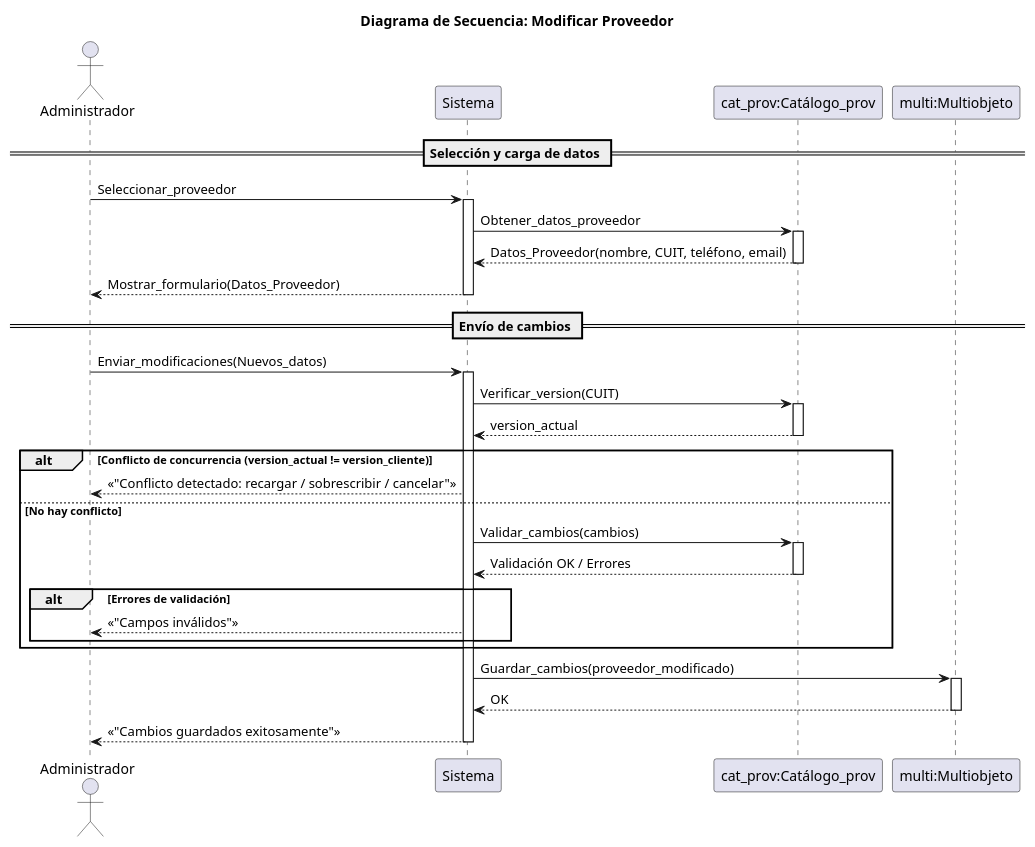
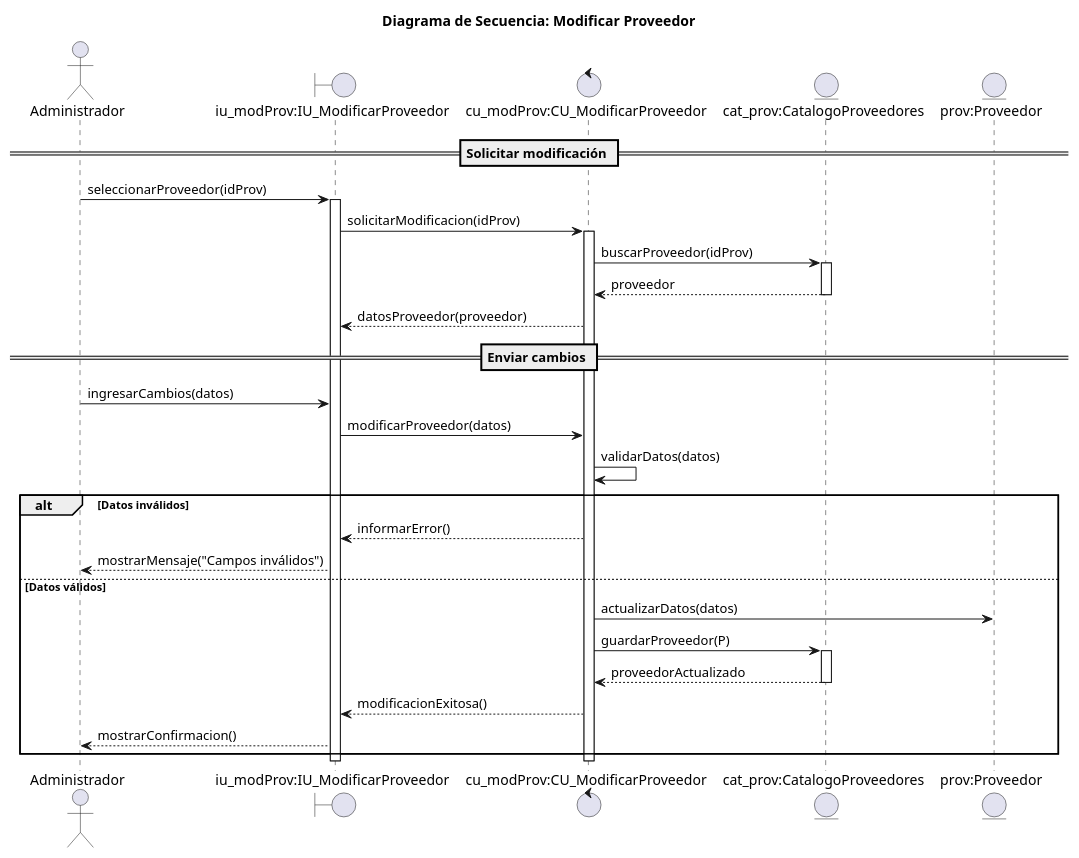
The diagram in 08-Diagrama-secuencia/09_Modificar_Proveedor.puml (Luci1274/PPI_Proyecto_gomeria), drawn with PlantUML before and after one commit. The commit also changed other lines of this file and 21 other files, not shown here.

Commit message:
Modificacion en mis casos de uso y diagramas de secuencia correspondientes

```diff
--- a/08-Diagrama-secuencia/09_Modificar_Proveedor.puml
+++ b/08-Diagrama-secuencia/09_Modificar_Proveedor.puml
@@ -2,50 +1,52 @@
 @startuml modificar_proveedor
 
 title Diagrama de Secuencia: Modificar Proveedor
 
 actor Administrador
-participant Sistema
-participant "cat_prov:Catálogo_prov" as Cat_prov
-participant "multi:Multiobjeto" as MULT
+boundary "iu_modProv:IU_ModificarProveedor" as IU
+control "cu_modProv:CU_ModificarProveedor" as CU
+entity "cat_prov:CatalogoProveedores" as CAT
+entity "prov:Proveedor" as P
 
-== Selección y carga de datos ==
-Administrador -> Sistema: Seleccionar_proveedor
-activate Sistema
-Sistema -> Cat_prov: Obtener_datos_proveedor
-activate Cat_prov
-Cat_prov --> Sistema: Datos_Proveedor(nombre, CUIT, teléfono, email)
-deactivate Cat_prov
-Sistema --> Administrador: Mostrar_formulario(Datos_Proveedor)
-deactivate Sistema
+== Solicitar modificación ==
+Administrador -> IU: seleccionarProveedor(idProv)
+activate IU
 
-== Envío de cambios ==
-Administrador -> Sistema: Enviar_modificaciones(Nuevos_datos)
-activate Sistema
+IU -> CU: solicitarModificacion(idProv)
+activate CU
 
-' Verificar concurrencia contra catálogo (consultas)
-Sistema -> Cat_prov: Verificar_version(CUIT)
-activate Cat_prov
-Cat_prov --> Sistema: version_actual
-deactivate Cat_prov
+CU -> CAT: buscarProveedor(idProv)
+activate CAT
+CAT --> CU: proveedor
+deactivate CAT
 
-alt Conflicto de concurrencia (version_actual != version_cliente)
-    Sistema --> Administrador: <<"Conflicto detectado: recargar / sobrescribir / cancelar">>
-else No hay conflicto
-    ' Validación mediante catálogo (consultas)
-    Sistema -> Cat_prov: Validar_cambios(cambios)
-    activate Cat_prov
-    Cat_prov --> Sistema: Validación OK / Errores
-    deactivate Cat_prov
+CU --> IU: datosProveedor(proveedor)
 
-    alt Errores de validación
-        Sistema --> Administrador: <<"Campos inválidos">>
-    end
+== Enviar cambios ==
+Administrador -> IU: ingresarCambios(datos)
+IU -> CU: modificarProveedor(datos)
+
+CU -> CU: validarDatos(datos)
+
+alt Datos inválidos
+    CU --> IU: informarError()
+    IU --> Administrador: mostrarMensaje("Campos inválidos")
+
+else Datos válidos
+
+    CU -> P: actualizarDatos(datos)
+
+    CU -> CAT: guardarProveedor(P)
+    activate CAT
+    CAT --> CU: proveedorActualizado
+    deactivate CAT
+
+    CU --> IU: modificacionExitosa()
+    IU --> Administrador: mostrarConfirmacion()
+
 end
-Sistema -> MULT: Guardar_cambios(proveedor_modificado)
-activate MULT
-MULT --> Sistema: OK
-deactivate MULT
-Sistema --> Administrador: <<"Cambios guardados exitosamente">>
-deactivate Sistema
+
+deactivate CU
+deactivate IU
 
 @enduml
```
